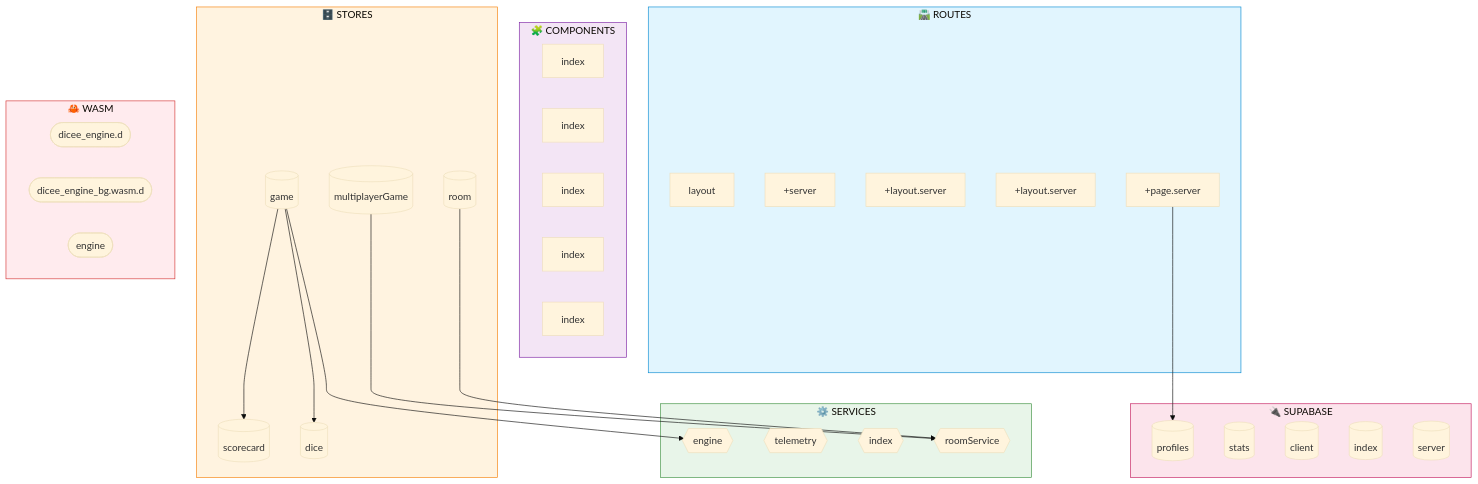
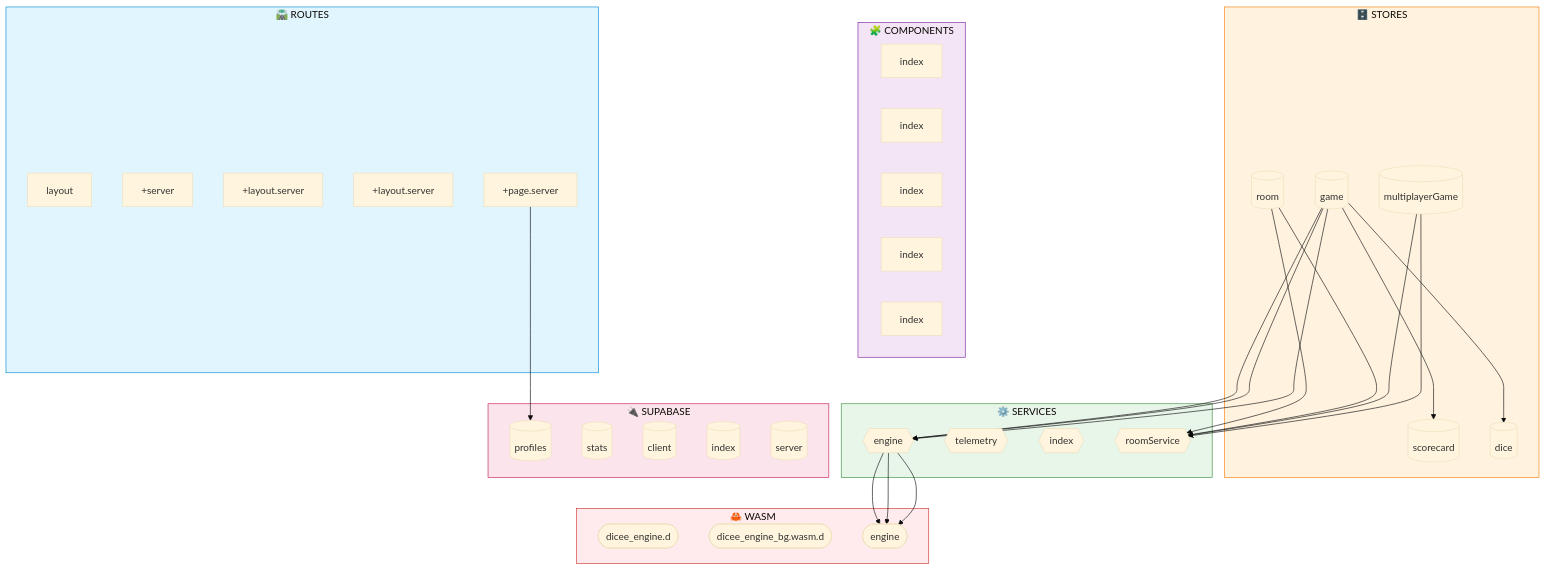
Before and after one commit to verlyn13/dicee: the diagram in docs/architecture/akg/diagrams/DATAFLOW.md, drawn with Mermaid (base theme). The commit also changed other lines of this file and 17 other files, not shown here.

````diff
--- a/docs/architecture/akg/diagrams/DATAFLOW.md
+++ b/docs/architecture/akg/diagrams/DATAFLOW.md
@@ -18,62 +18,69 @@
 ```mermaid
 flowchart TB
     subgraph routes["🛣️ ROUTES"]
         module___layout__rc_routes__layout_ts["layout"]
         module___server___callback__server_ts["+server"]
         module___layout_server__es__layout_serve["+layout.server"]
         module___layout_server__d___layout_serve["+layout.server"]
         module___page_server__file__page_server_["+page.server"]
     end
 
     subgraph components["🧩 COMPONENTS"]
         module__index__mponents_ui_index_ts["index"]
         module__index__onents_auth_index_ts["index"]
         module__index__nents_lobby_index_ts["index"]
         module__index__onents_dice_index_ts["index"]
         module__index__onents_game_index_ts["index"]
     end
 
     subgraph stores["🗄️ STORES"]
         store__game_svelte__tores_game_svelte_ts[("game")]
         store__room_svelte__tores_room_svelte_ts[("room")]
         store__multiplayerGame_svelte__playerGam[("multiplayerGame")]
         store__scorecard_svelte___scorecard_svel[("scorecard")]
         store__dice_svelte__tores_dice_svelte_ts[("dice")]
     end
 
     subgraph services["⚙️ SERVICES"]
         service__engine__b_services_engine_ts{{"engine"}}
         service__telemetry__ervices_telemetry_ts{{"telemetry"}}
         service__index__ib_services_index_ts{{"index"}}
         store__roomService_svelte__oomService_sv{{"roomService"}}
     end
 
     subgraph supabase["🔌 SUPABASE"]
         supabasemodule__profiles__supabase_profi[("profiles")]
         supabasemodule__stats__ib_supabase_stats[("stats")]
         supabasemodule__client__b_supabase_clien[("client")]
         supabasemodule__index__ib_supabase_index[("index")]
         supabasemodule__server__b_supabase_serve[("server")]
     end
 
     subgraph wasm["🦀 WASM"]
         wasmbridge__dicee_engine_d__sm_dicee_eng(["dicee_engine.d"])
         wasmbridge__dicee_engine_bg_wasm_d___eng(["dicee_engine_bg.wasm.d"])
         wasmbridge__engine__eb_src_lib_engine_ts(["engine"])
     end
 
     module___page_server__file__page_server_ --> supabasemodule__profiles__supabase_profi
     store__game_svelte__tores_game_svelte_ts --> service__engine__b_services_engine_ts
     store__game_svelte__tores_game_svelte_ts --> store__dice_svelte__tores_dice_svelte_ts
     store__game_svelte__tores_game_svelte_ts --> store__scorecard_svelte___scorecard_svel
+    store__game_svelte__tores_game_svelte_ts --> service__engine__b_services_engine_ts
+    store__game_svelte__tores_game_svelte_ts --> service__engine__b_services_engine_ts
+    store__room_svelte__tores_room_svelte_ts --> store__roomService_svelte__oomService_sv
     store__room_svelte__tores_room_svelte_ts --> store__roomService_svelte__oomService_sv
     store__multiplayerGame_svelte__playerGam --> store__roomService_svelte__oomService_sv
+    store__multiplayerGame_svelte__playerGam --> store__roomService_svelte__oomService_sv
+    service__engine__b_services_engine_ts --> wasmbridge__engine__eb_src_lib_engine_ts
+    service__engine__b_services_engine_ts --> wasmbridge__engine__eb_src_lib_engine_ts
+    service__engine__b_services_engine_ts --> wasmbridge__engine__eb_src_lib_engine_ts
 
     %% Layer styling
     style routes fill:#e1f5fe,stroke:#0288d1
     style components fill:#f3e5f5,stroke:#7b1fa2
     style stores fill:#fff3e0,stroke:#f57c00
     style services fill:#e8f5e9,stroke:#388e3c
     style supabase fill:#fce4ec,stroke:#c2185b
     style wasm fill:#ffebee,stroke:#d32f2f
 ```
````
